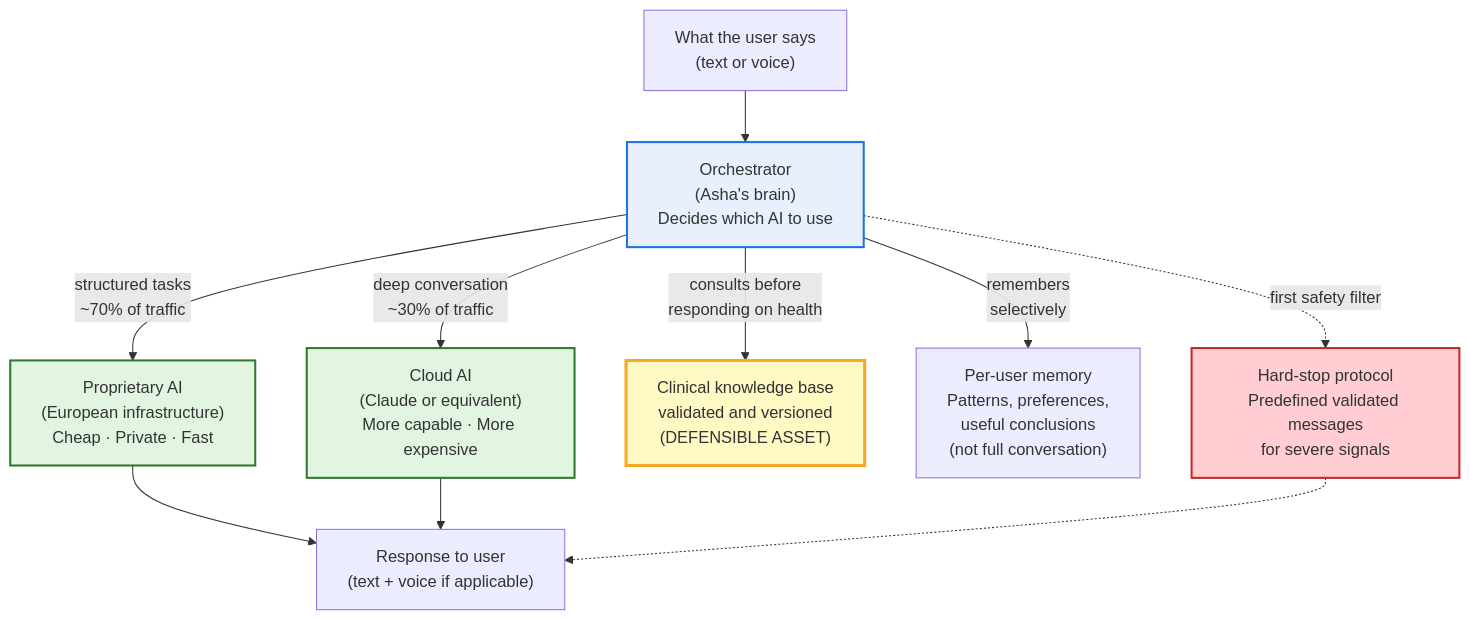
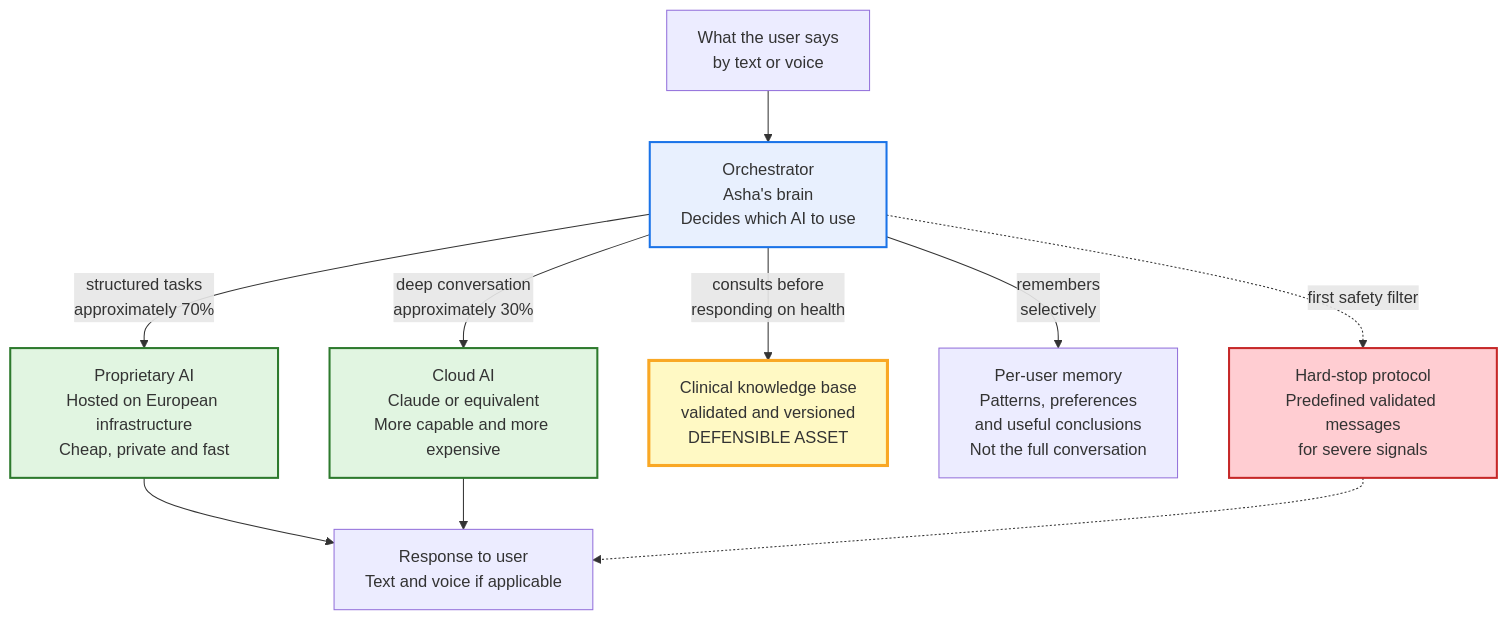
One commit to asantolaria/Itabey changed the second of 2 diagrams in docs/delivery/arquitectura-resumen-ejecutivo-en.md. Above: the diagram before and after it, drawn with Mermaid. The commit also changed other lines of this file and 3 other files, not shown here.

````diff
--- a/docs/delivery/arquitectura-resumen-ejecutivo-en.md
+++ b/docs/delivery/arquitectura-resumen-ejecutivo-en.md
@@ -75,24 +75,24 @@
 ```mermaid
 flowchart TB
-    Input["What the user says<br/>(text or voice)"] --> Orch["Orchestrator<br/>(Asha's brain)<br/>Decides which AI to use"]
+    Input["What the user says<br/>by text or voice"] --> Orch["Orchestrator<br/>Asha's brain<br/>Decides which AI to use"]
 
-    Orch -->|structured tasks<br/>~70% of traffic| Local["Proprietary AI<br/>(European infrastructure)<br/>Cheap · Private · Fast"]
+    Orch -->|structured tasks<br/>approximately 70%| Local["Proprietary AI<br/>Hosted on European infrastructure<br/>Cheap, private and fast"]
 
-    Orch -->|deep conversation<br/>~30% of traffic| Cloud["Cloud AI<br/>(Claude or equivalent)<br/>More capable · More expensive"]
+    Orch -->|deep conversation<br/>approximately 30%| Cloud["Cloud AI<br/>Claude or equivalent<br/>More capable and more expensive"]
 
-    Orch -->|consults before<br/>responding on health| KB["Clinical knowledge base<br/>validated and versioned<br/>(DEFENSIBLE ASSET)"]
+    Orch -->|consults before<br/>responding on health| KB["Clinical knowledge base<br/>validated and versioned<br/>DEFENSIBLE ASSET"]
 
-    Orch -->|remembers<br/>selectively| Memory["Per-user memory<br/>Patterns, preferences,<br/>useful conclusions<br/>(not full conversation)"]
+    Orch -->|remembers<br/>selectively| Memory["Per-user memory<br/>Patterns, preferences<br/>and useful conclusions<br/>Not the full conversation"]
 
     Orch -.->|first safety filter| HardStop["Hard-stop protocol<br/>Predefined validated messages<br/>for severe signals"]
 
-    Local --> Response["Response to user<br/>(text + voice if applicable)"]
+    Local --> Response["Response to user<br/>Text and voice if applicable"]
     Cloud --> Response
     HardStop -.-> Response
 
     style KB fill:#fff9c4,stroke:#f9a825,stroke-width:3px
     style Orch fill:#e8f0fe,stroke:#1a73e8,stroke-width:2px
     style Local fill:#e1f5e1,stroke:#2d7a2d,stroke-width:2px
     style Cloud fill:#e1f5e1,stroke:#2d7a2d,stroke-width:2px
     style HardStop fill:#ffcdd2,stroke:#c62828,stroke-width:2px
 ```
````
